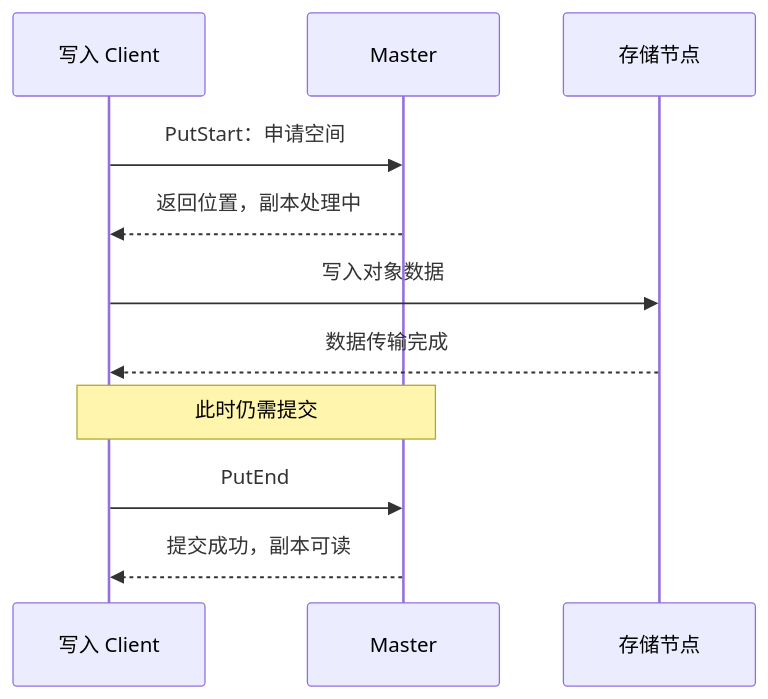
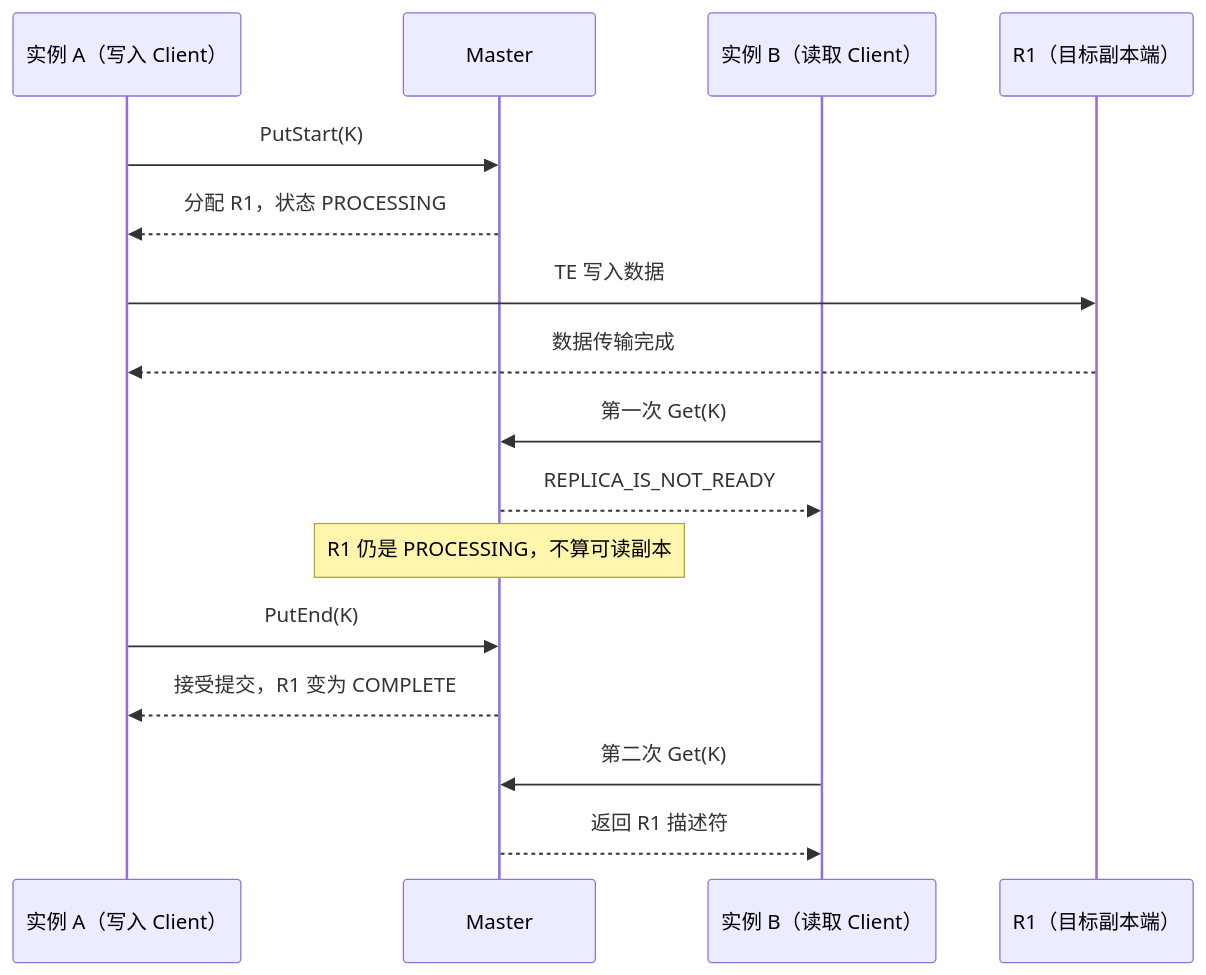
One commit to Hansyangxingxiang/Mooncake changed the diagram in mooncake-kv-cache-series/wechat/03-put-visibility.md. Above: the diagram before and after it, drawn with Mermaid. The commit also changed other lines of this file and 28 other files, not shown here.

````diff
--- a/mooncake-kv-cache-series/wechat/03-put-visibility.md
+++ b/mooncake-kv-cache-series/wechat/03-put-visibility.md
@@ -29,13 +29,18 @@
 ```mermaid
 sequenceDiagram
-    participant C as 写入 Client
+    participant A as 实例 A（写入 Client）
     participant M as Master
-    participant S as 存储节点
-    C->>M: PutStart：申请空间
-    M-->>C: 返回位置，副本处理中
-    C->>S: 写入对象数据
-    S-->>C: 数据传输完成
-    Note over C,M: 此时仍需提交
-    C->>M: PutEnd
-    M-->>C: 提交成功，副本可读
+    participant B as 实例 B（读取 Client）
+    participant R1 as R1（目标副本端）
+    A->>M: PutStart(K)
+    M-->>A: 分配 R1，状态 PROCESSING
+    A->>R1: TE 写入数据
+    R1-->>A: 数据传输完成
+    B->>M: 第一次 Get(K)
+    M-->>B: REPLICA_IS_NOT_READY
+    Note over M: R1 仍是 PROCESSING，不算可读副本
+    A->>M: PutEnd(K)
+    M-->>A: 接受提交，R1 变为 COMPLETE
+    B->>M: 第二次 Get(K)
+    M-->>B: 返回 R1 描述符
 ```
````
